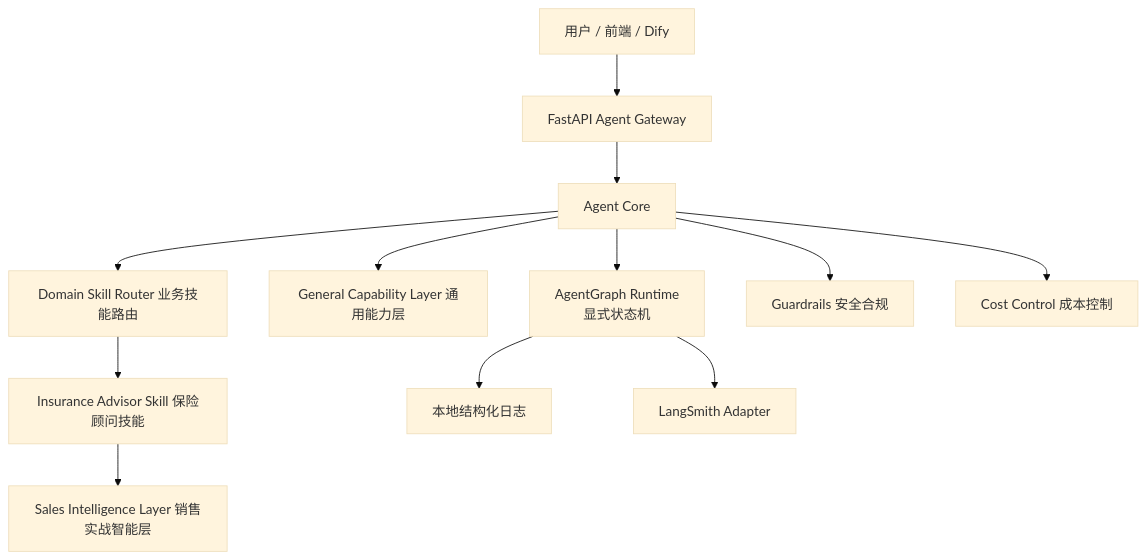
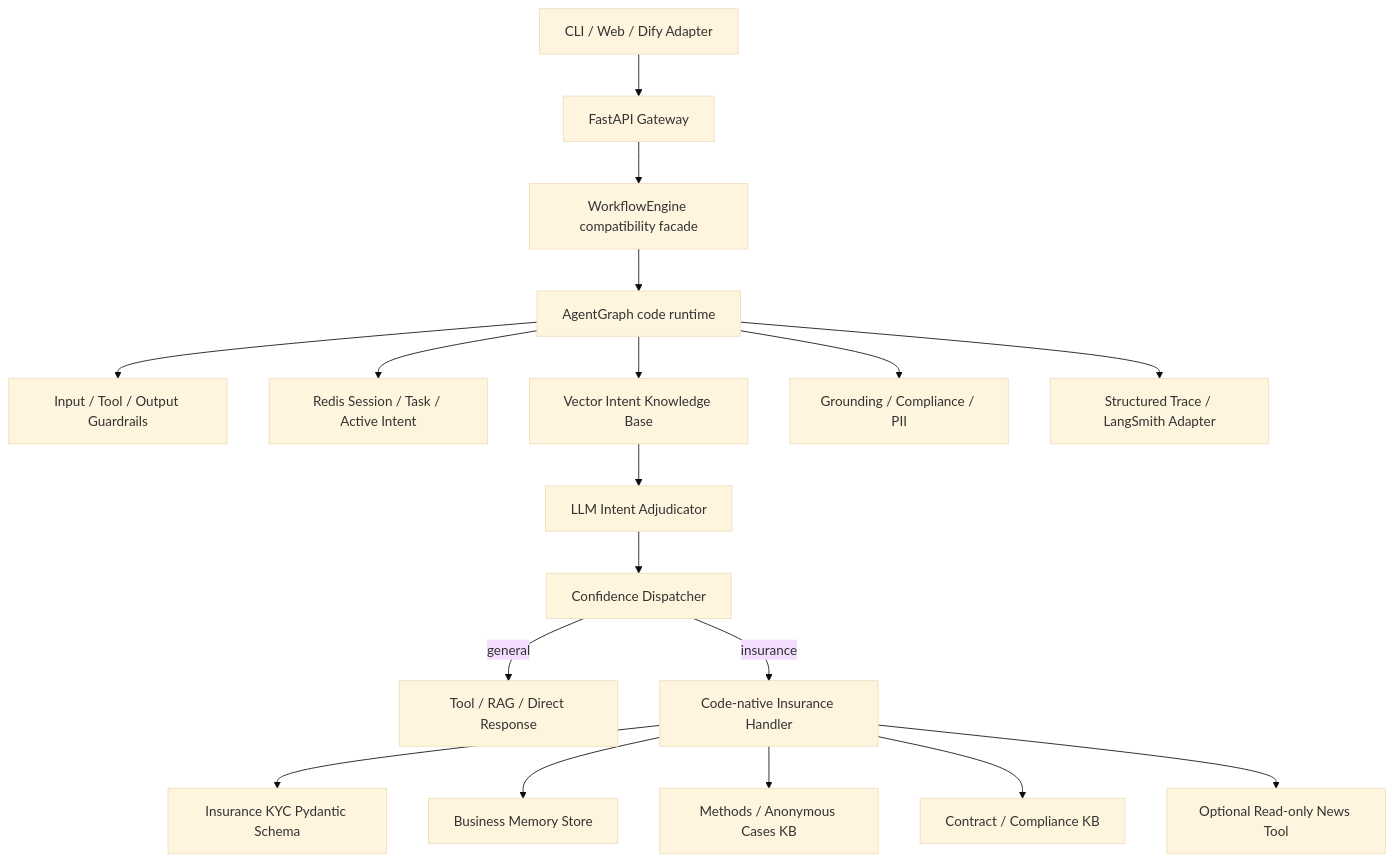
One commit to yinghanpeng/ins_advisor_agent changed the diagram in docs/architecture.md. Above: the diagram before and after it, drawn with Mermaid (base theme). The commit also changed other lines of this file and 191 other files, not shown here.

Commit message:
feat:完善流程，意图识别增加embedding前置，槽位填充，集成langsmith

````diff
--- a/docs/architecture.md
+++ b/docs/architecture.md
@@ -5,14 +7,20 @@
 ```mermaid
 flowchart TD
-    A["用户 / 前端 / Dify"] --> B["FastAPI Agent Gateway"]
-    B --> C["Agent Core"]
-    C --> D["AgentGraph Runtime<br/>显式状态机"]
-    C --> E["General Capability Layer 通用能力层"]
-    C --> F["Domain Skill Router 业务技能路由"]
-    F --> G["Insurance Advisor Skill 保险顾问技能"]
-    G --> H["Sales Intelligence Layer 销售实战智能层"]
-    C --> I["Guardrails 安全合规"]
-    C --> J["Cost Control 成本控制"]
-    D --> K["本地结构化日志"]
-    D --> L["LangSmith Adapter"]
+    A["CLI / Web / Dify Adapter"] --> B["FastAPI Gateway"]
+    B --> C["WorkflowEngine compatibility facade"]
+    C --> D["AgentGraph code runtime"]
+    D --> G["Input / Tool / Output Guardrails"]
+    D --> M["Redis Session / Task / Active Intent"]
+    D --> I["Vector Intent Knowledge Base"]
+    I --> J["LLM Intent Adjudicator"]
+    J --> K["Confidence Dispatcher"]
+    K -->|general| T["Tool / RAG / Direct Response"]
+    K -->|insurance| H["Code-native Insurance Handler"]
+    H --> P["Insurance KYC Pydantic Schema"]
+    H --> BM["Business Memory Store"]
+    H --> KB1["Methods / Anonymous Cases KB"]
+    H --> KB2["Contract / Compliance KB"]
+    H --> N["Optional Read-only News Tool"]
+    D --> O["Grounding / Compliance / PII"]
+    D --> L["Structured Trace / LangSmith Adapter"]
 ```
````
